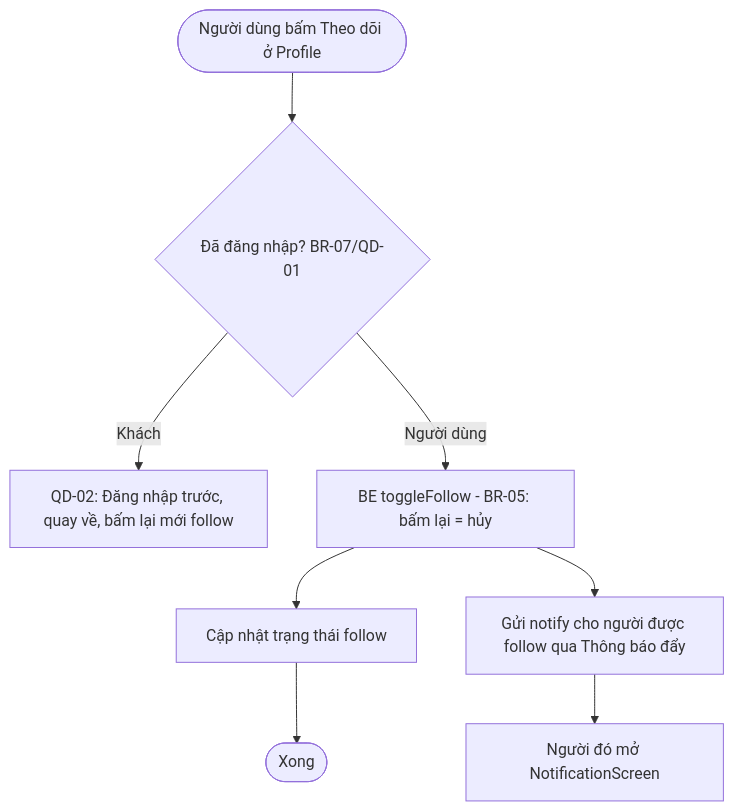
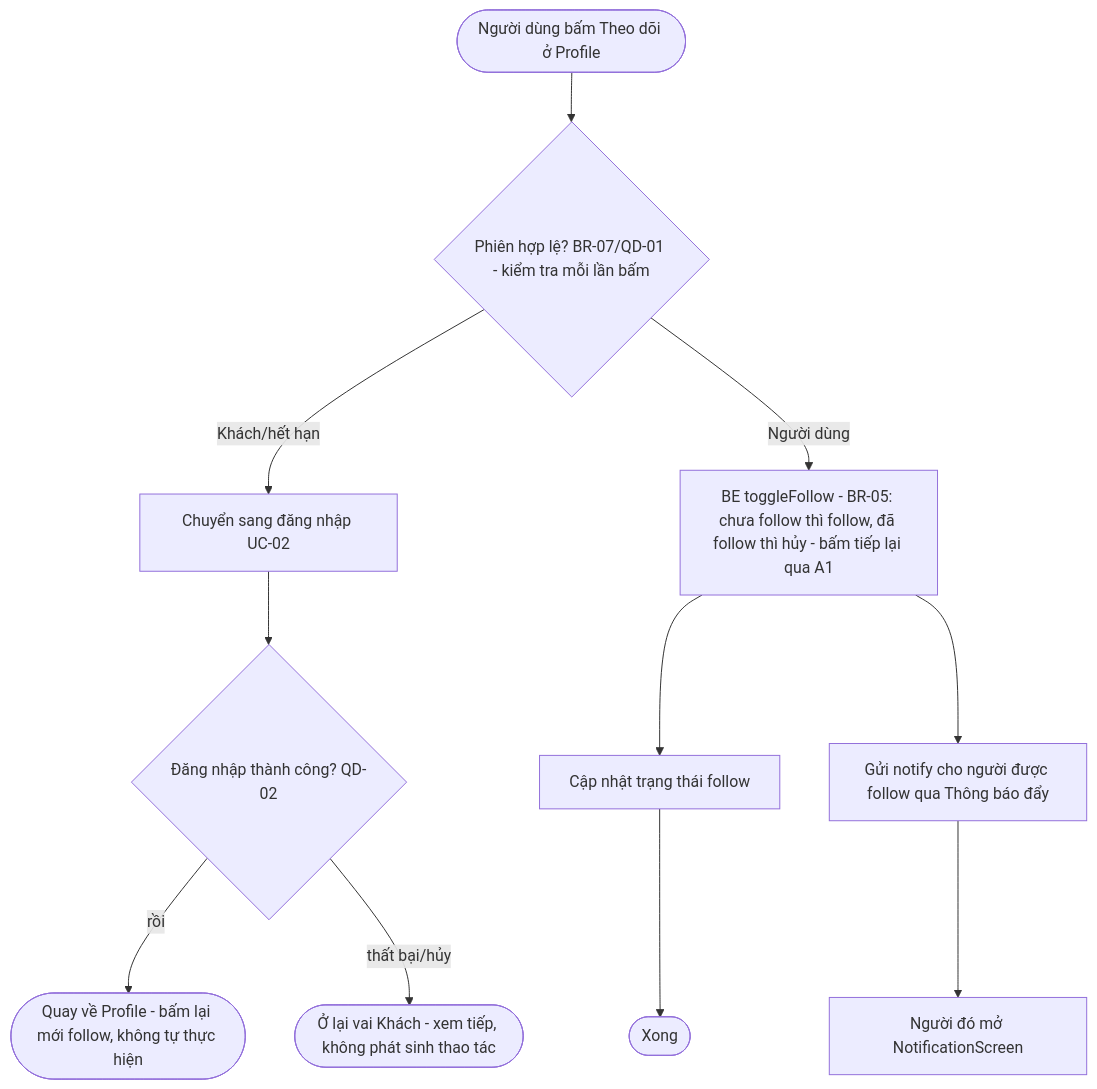
The third of 5 diagrams in docs/phase1-requirements/2.2_process_flows_BE.md (anqp5002/ToMateTo), drawn with Mermaid before and after one commit. The commit also changed other lines of this file, not shown here.

Commit message:
update process flows

````diff
--- a/docs/phase1-requirements/2.2_process_flows_BE.md
+++ b/docs/phase1-requirements/2.2_process_flows_BE.md
@@ -60,10 +69,13 @@
 ```mermaid
 flowchart TB
-  U1([Người dùng bấm Theo dõi ở Profile]) --> A1{Đã đăng nhập? BR-07/QD-01}
-  A1 -- Khách --> L[QD-02: Đăng nhập trước, quay về, bấm lại mới follow]
-  A1 -- Người dùng --> B1[BE toggleFollow - BR-05: bấm lại = hủy]
+  U1([Người dùng bấm Theo dõi ở Profile]) --> A1{Phiên hợp lệ? BR-07/QD-01 - kiểm tra mỗi lần bấm}
+  A1 -- Khách/hết hạn --> L[Chuyển sang đăng nhập UC-02]
+  L --> S{Đăng nhập thành công? QD-02}
+  S -- rồi --> R1([Quay về Profile - bấm lại mới follow, không tự thực hiện])
+  S -- thất bại/hủy --> G1([Ở lại vai Khách - xem tiếp, không phát sinh thao tác])
+  A1 -- Người dùng --> B1[BE toggleFollow - BR-05: chưa follow thì follow, đã follow thì hủy - bấm tiếp lại qua A1]
   B1 --> P1[Cập nhật trạng thái follow]
   B1 --> P2[Gửi notify cho người được follow qua Thông báo đẩy]
   P1 --> END([Xong])
   P2 --> N1[Người đó mở NotificationScreen]
 ```
````
